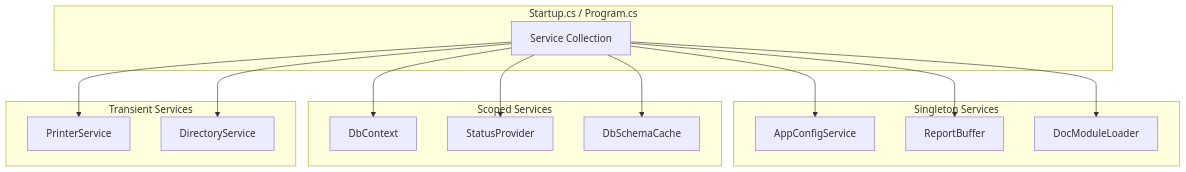
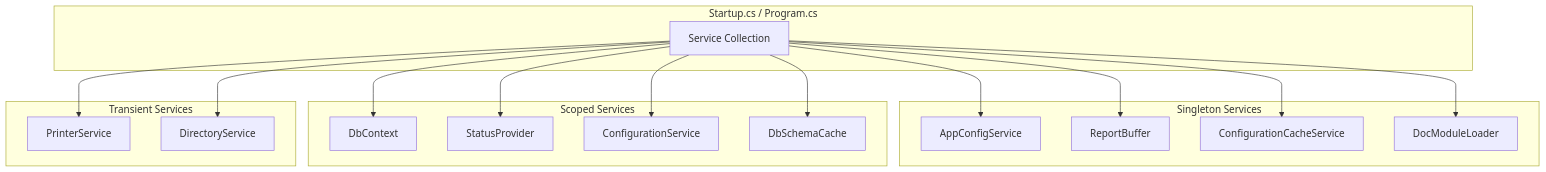
One commit to tn-ivk/tn-doc changed the fifth of 17 diagrams in docs/architecture/overview.md. Above: the diagram before and after it, drawn with Mermaid. The commit also changed other lines of this file and 12 other files, not shown here.

````diff
--- a/docs/architecture/overview.md
+++ b/docs/architecture/overview.md
@@ -190,32 +225,36 @@
 ```mermaid
 graph TB
     subgraph "Startup.cs / Program.cs"
         SC[Service Collection]
     end
 
     subgraph "Singleton Services"
         AppConfig[AppConfigService]
         ReportBuffer[ReportBuffer]
+        ConfigCache[ConfigurationCacheService]
         DocLoader[DocModuleLoader]
     end
 
     subgraph "Scoped Services"
         DbCtx[DbContext]
         StatusProv[StatusProvider]
+        ConfigService[ConfigurationService]
         SchemaCache[DbSchemaCache]
     end
 
     subgraph "Transient Services"
         Printer[PrinterService]
         Directory[DirectoryService]
     end
 
     SC --> AppConfig
     SC --> ReportBuffer
+    SC --> ConfigCache
     SC --> DocLoader
     SC --> DbCtx
     SC --> StatusProv
+    SC --> ConfigService
     SC --> SchemaCache
     SC --> Printer
     SC --> Directory
 ```
````
